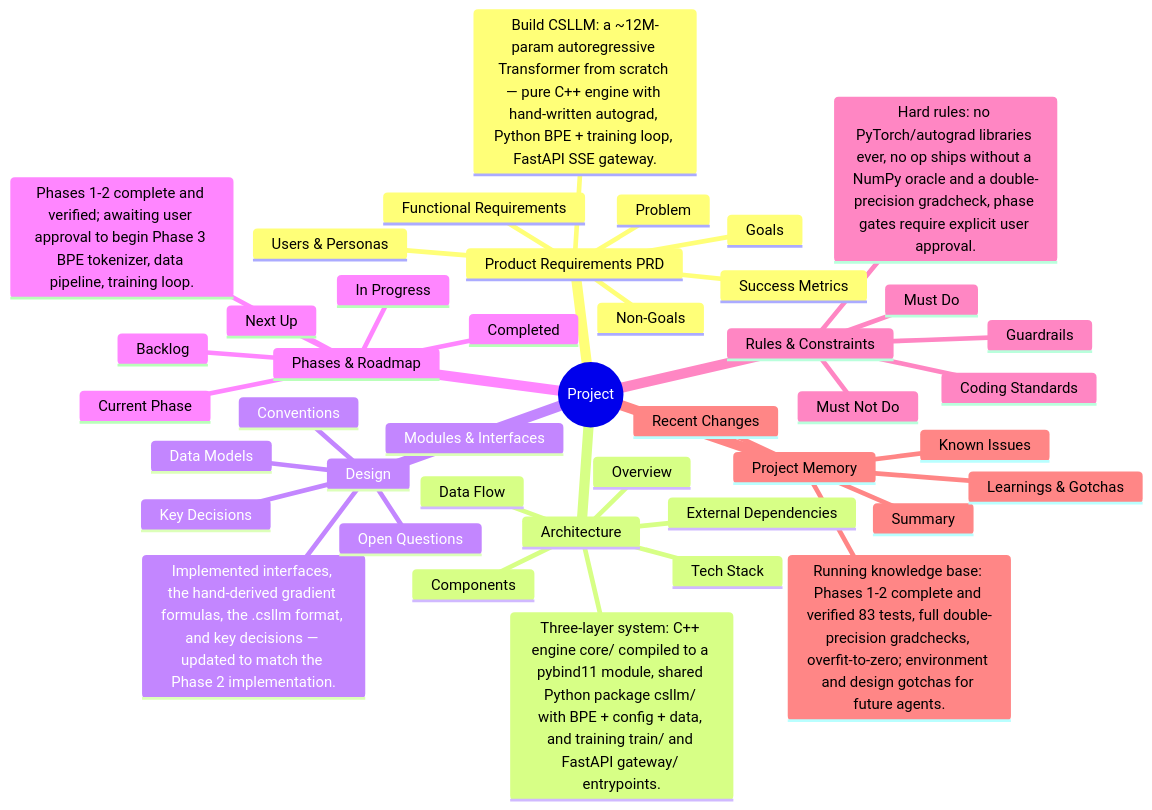
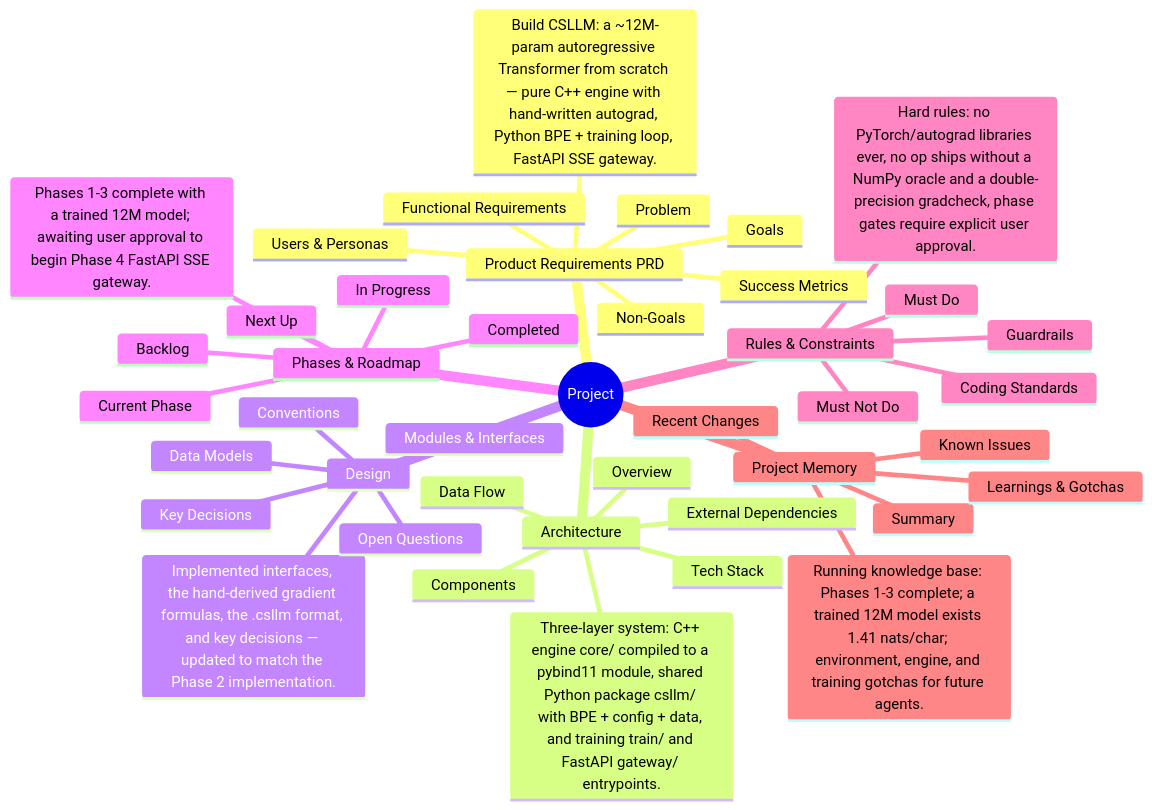
One commit to emulsazib/csllm-1.0-pro changed the diagram in .knbase/mindmap.md. Above: the diagram before and after it, drawn with Mermaid. The commit also changed other lines of this file and 14 other files, not shown here.

Commit message:
Phase 3 Complete

````diff
--- a/.knbase/mindmap.md
+++ b/.knbase/mindmap.md
@@ -5,51 +5,51 @@
 ```mermaid
 mindmap
   root((Project))
     Product Requirements PRD
       ::icon(fa fa-info)
       Build CSLLM: a ~12M-param autoregressive Transformer from scratch — pure C++ engine with hand-written autograd, Python BPE + training loop, FastAPI SSE gateway.
       Problem
       Goals
       Users & Personas
       Functional Requirements
       Non-Goals
       Success Metrics
     Architecture
       ::icon(fa fa-info)
       Three-layer system: C++ engine core/ compiled to a pybind11 module, shared Python package csllm/ with BPE + config + data, and training train/ and FastAPI gateway/ entrypoints.
       Overview
       Components
       Data Flow
       Tech Stack
       External Dependencies
     Design
       ::icon(fa fa-info)
       Implemented interfaces, the hand-derived gradient formulas, the .csllm format, and key decisions — updated to match the Phase 2 implementation.
       Modules & Interfaces
       Key Decisions
       Data Models
       Conventions
       Open Questions
     Phases & Roadmap
       ::icon(fa fa-info)
-      Phases 1-2 complete and verified; awaiting user approval to begin Phase 3 BPE tokenizer, data pipeline, training loop.
+      Phases 1-3 complete with a trained 12M model; awaiting user approval to begin Phase 4 FastAPI SSE gateway.
       Current Phase
       Completed
       In Progress
       Next Up
       Backlog
     Rules & Constraints
       ::icon(fa fa-info)
       Hard rules: no PyTorch/autograd libraries ever, no op ships without a NumPy oracle and a double-precision gradcheck, phase gates require explicit user approval.
       Must Do
       Must Not Do
       Coding Standards
       Guardrails
     Project Memory
       ::icon(fa fa-info)
-      Running knowledge base: Phases 1-2 complete and verified 83 tests, full double-precision gradchecks, overfit-to-zero; environment and design gotchas for future agents.
+      Running knowledge base: Phases 1-3 complete; a trained 12M model exists 1.41 nats/char; environment, engine, and training gotchas for future agents.
       Summary
       Recent Changes
       Learnings & Gotchas
       Known Issues
 ```
````
